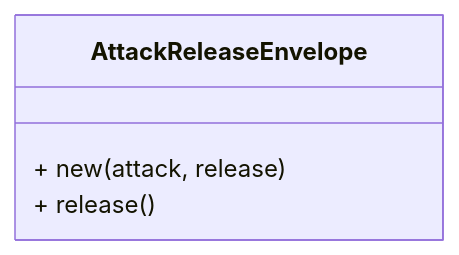
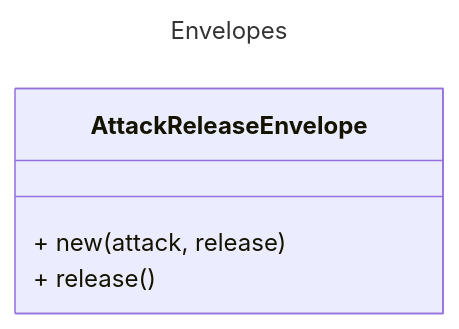
One commit to stefano-rasi/Synth changed the third of 5 diagrams in README.md. Above: the diagram before and after it, drawn with Mermaid. The commit also changed other lines of this file, not shown here.

````diff
--- a/README.md
+++ b/README.md
@@ -36,8 +42,11 @@
 ```mermaid
+---
+title: Envelopes
+---
 classDiagram
   class AttackReleaseEnvelope {
     + new(attack, release)
 
     + release()
   }
 ```
````
